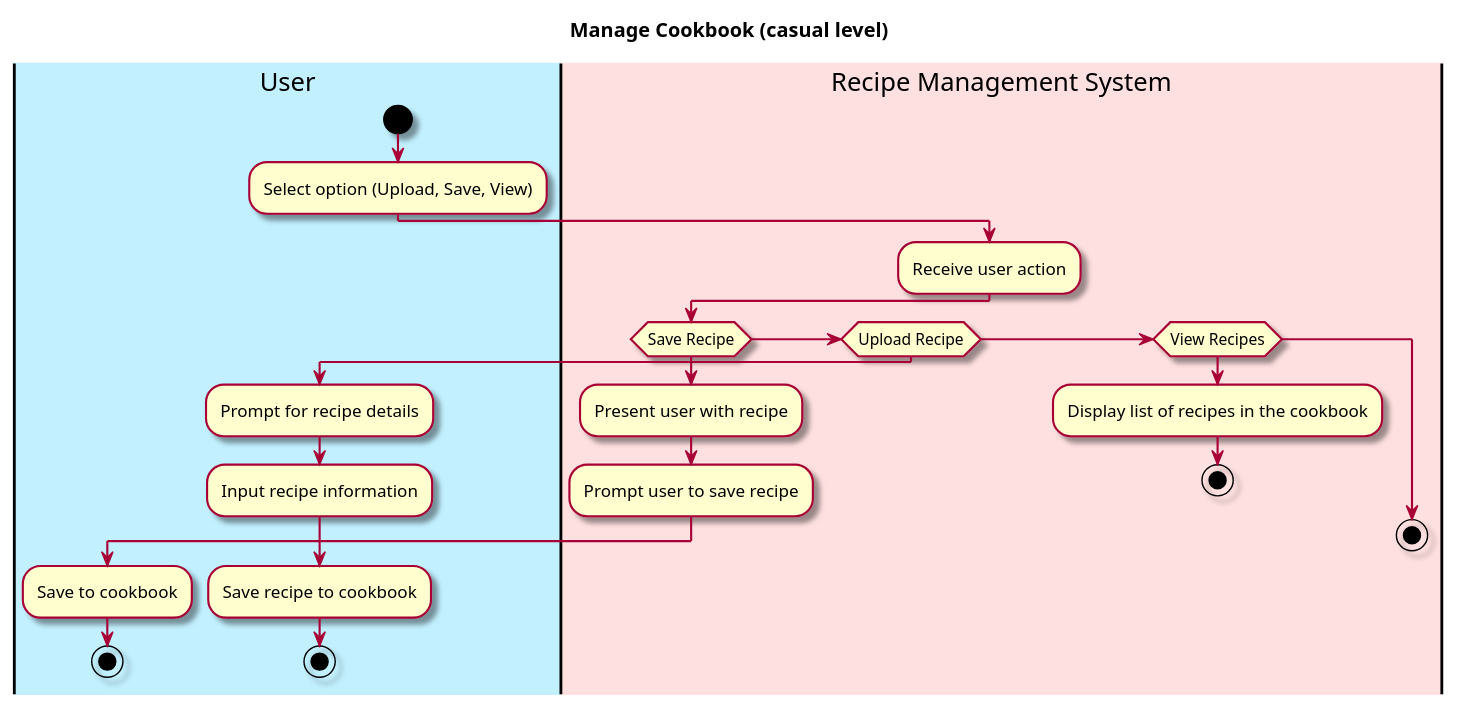
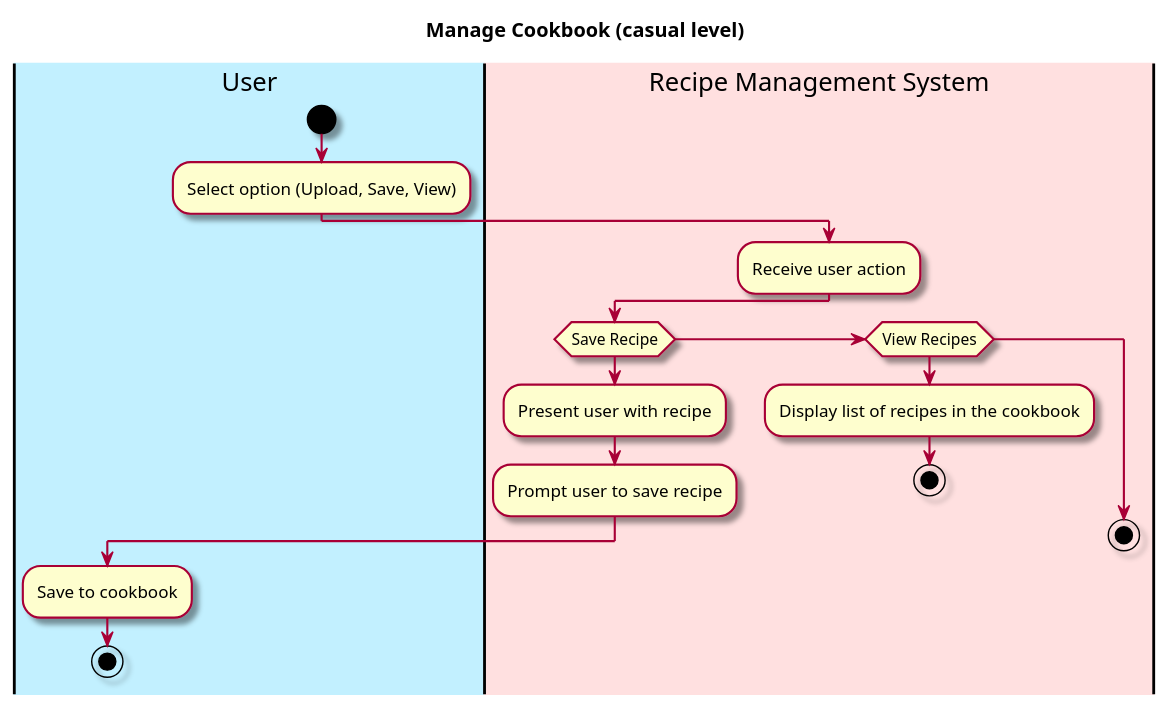
One commit to berthashipper/Pantry-Pal-Android-Application changed the diagram in intellij/doc/use-cases/manage_cookbook.md. Above: the diagram before and after it, drawn with PlantUML. The commit also changed other lines of this file and 1 other file, not shown here.

Commit message:
Wrote manage_recipes use case

````diff
--- a/intellij/doc/use-cases/manage_cookbook.md
+++ b/intellij/doc/use-cases/manage_cookbook.md
@@ -30,42 +30,34 @@
 ```plantuml
 @startuml
 
 skin rose
 
 title Manage Cookbook (casual level)
 
 'define the lanes
 |#application|User|
 |#implementation|Recipe Management System|
 
 |User|
 start
 :Select option (Upload, Save, View);
 
 |Recipe Management System|
 :Receive user action;
 if (Save Recipe)
 |Recipe Management System|
 :Present user with recipe;
 :Prompt user to save recipe;
 |User|
 :Save to cookbook;
 stop
 
-elseif (Upload Recipe)
-:Prompt for recipe details;
-|User|
-:Input recipe information;
-:Save recipe to cookbook;
-stop
-
 elseif (View Recipes)
 |Recipe Management System|
 :Display list of recipes in the cookbook;
 stop
 
-
 else
 stop
 @enduml
 ```
````
